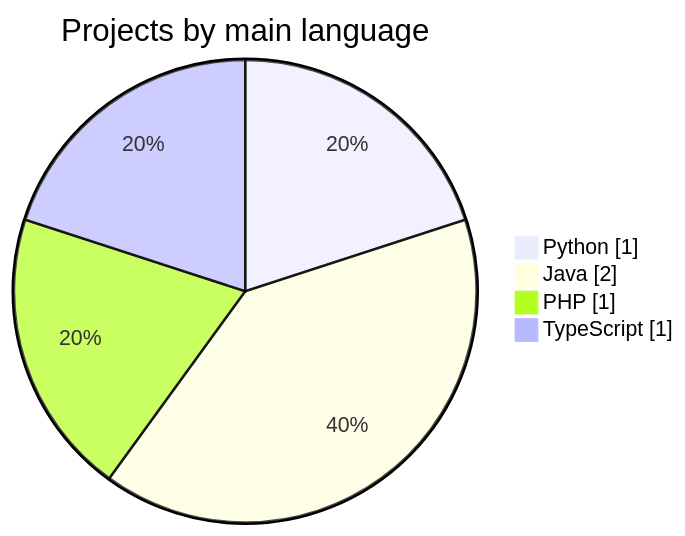
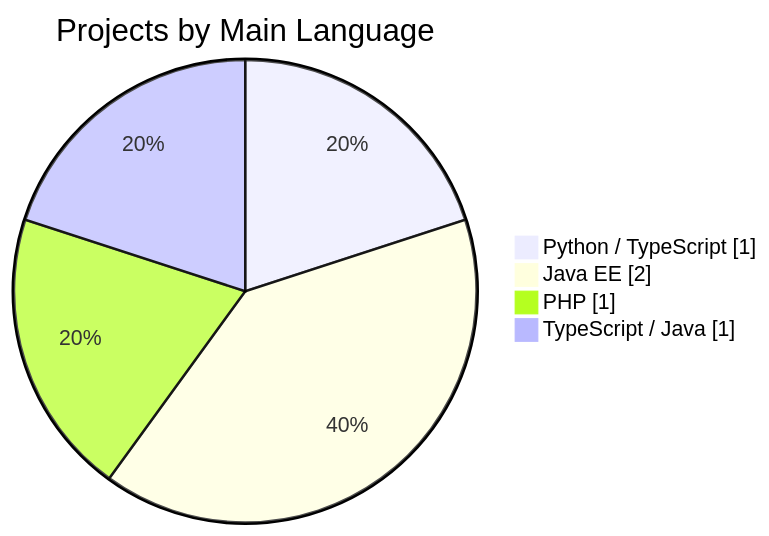
Before and after one commit to Isuru-CodeX/Isuru-CodeX: the first of 2 diagrams in README.md, drawn with Mermaid. The commit also changed other lines of this file, not shown here.

Commit message:
feat: major profile overhaul — animated dividers, stats cards, activity graph, trophies, roadmap & enhanced project cards

````diff
--- a/README.md
+++ b/README.md
@@ -171,7 +246,7 @@
 ```mermaid
-pie showData title Projects by main language
-    "Python" : 1
-    "Java" : 2
-    "PHP" : 1
-    "TypeScript" : 1
+pie showData title Projects by Main Language
+    "Python / TypeScript" : 1
+    "Java EE"             : 2
+    "PHP"                 : 1
+    "TypeScript / Java"   : 1
 ```
````
